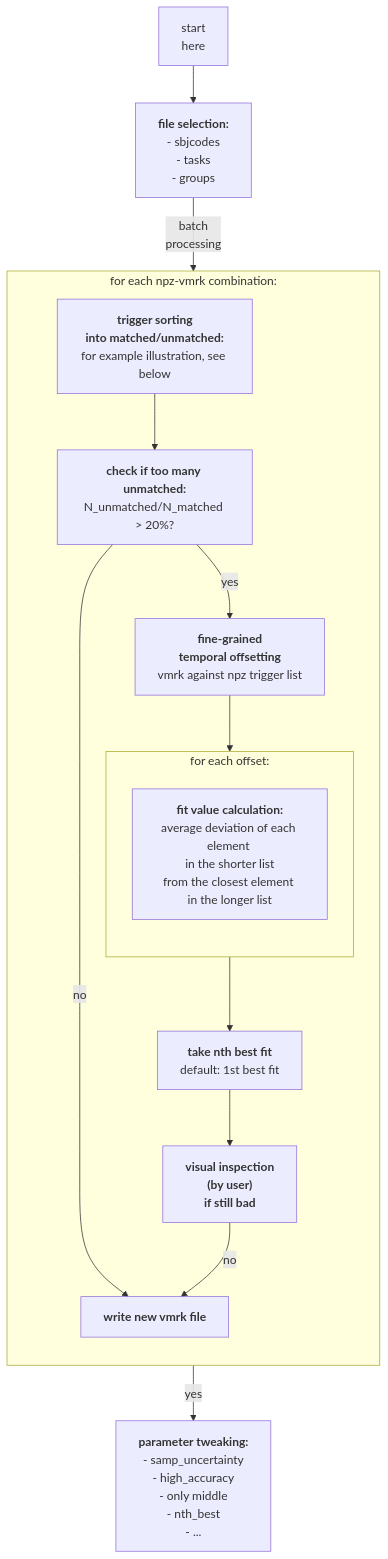
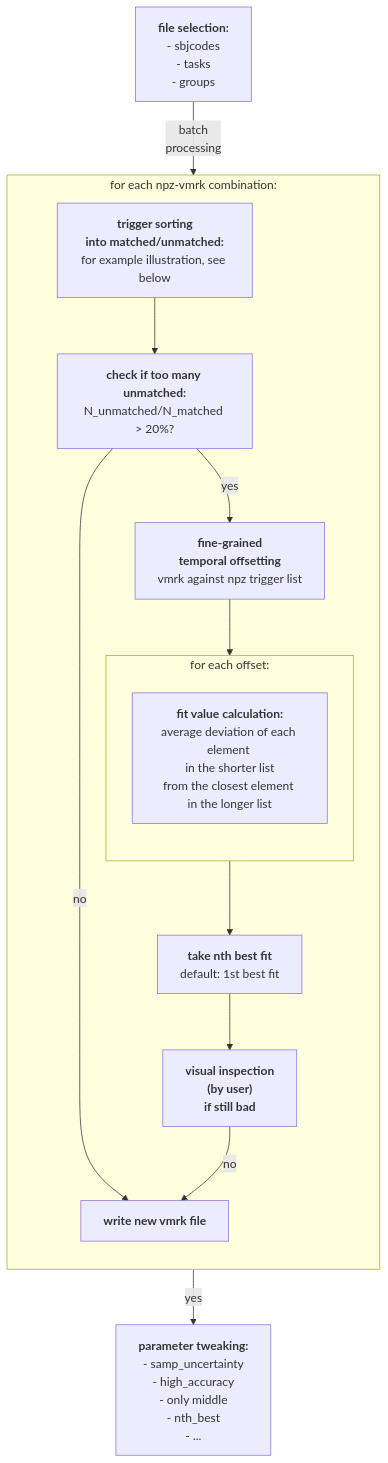
Before and after one commit to neuro-dream/Trigger-Fix: the diagram in README.md, drawn with Mermaid.

````diff
--- a/README.md
+++ b/README.md
@@ -6,37 +6,35 @@
 ```mermaid
 %% (function: <a href='https://github.com/neurodream/Trigger-Fix/blob/main/trigfix/trigger_compare_functions.py#L92'>apply_fix</a>)
 
 graph TD;
-    XX["start<br>here"]
     A["<b>file selection:</b><br>- sbjcodes<br> - tasks<br> - groups"]
     B["<b>trigger sorting<br>into matched/unmatched:</b><br>for example illustration, see below"]
     C["<b>check if too many unmatched:</b><br>N_unmatched/N_matched > 20%?"]
     D["<b>fine-grained <br>temporal offsetting</b><br>vmrk against npz trigger list"]
     E["<b>fit value calculation:</b><br>average deviation of each element <br> in the shorter list <br>from the closest element <br>in the longer list"]
     F["<b>take nth best fit</b><br>default: 1st best fit"]
     G["<b>write new vmrk file</b>"]
     H["<b>visual inspection <br>(by user) <br>if still bad</b>"]
     I["<b>parameter tweaking:</b><br>- samp_uncertainty<br>- high_accuracy<br>- only middle<br>- nth_best<br>- ..."]
 
 subgraph for_each_file_comb["for each npz-vmrk combination:"]
     direction TB
     B-->C;
     C-->|no|G;
     C-->|yes|D;
     subgraph for_each_offset["for each offset:"]
         direction TB
         E
     end
     D-->for_each_offset;
     for_each_offset-->F;
     F-->H;
     %% for_each_file_comb -- "until<br>all files<br>processed" --> for_each_file_comb;
     %% G--"until<br>all files<br>processed" --> for_each_file_comb;
     H-->|no|G;
 end
 
-XX-->A;
 A--"batch <br>processing"-->for_each_file_comb;
 H-->|yes|I;
 %% I-->A;
 ```
````
